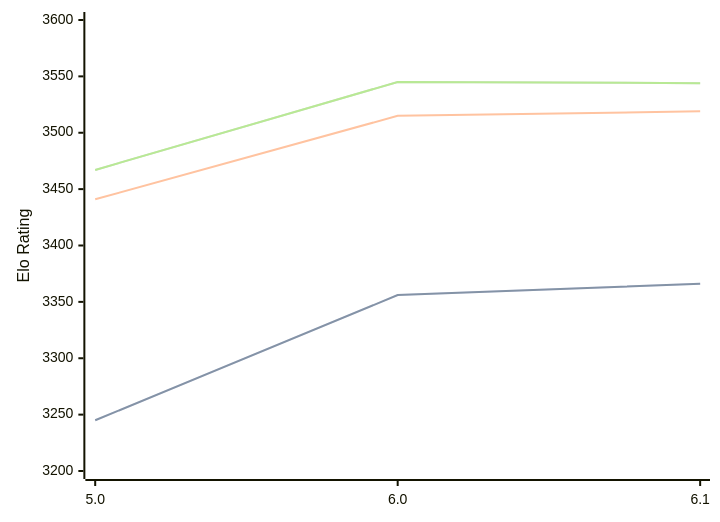
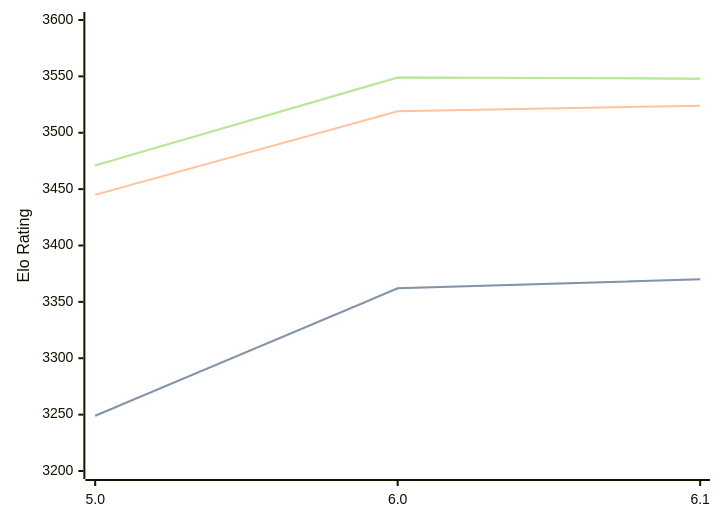
Before and after one commit to computer-chess-index/cci: the diagram in engines/Starzix.md, drawn with Mermaid. The commit also changed other lines of this file, not shown here.

Commit message:
Update CCI Ratings (ELO VLTC) - 2026-04-18

````diff
--- a/engines/Starzix.md
+++ b/engines/Starzix.md
@@ -37,11 +37,11 @@
 ```mermaid
 %%{init: {"theme":"base","themeVariables":{"seriesColors:['#a3a3a3','#222221','#faa371']}}}%%
 xychart-beta
   x-axis ["5.0", "6.0", "6.1"]
   y-axis "Elo Rating" 3200 --> 3600
-  line "STC (8.0+0.08s)" [3245, 3356, 3366]
-  line "STC (8.0+0.08s)" [3245, 3356, 3366]
-  line "LTC (60.0+0.60s)" [3441, 3515, 3519]
-  line "VLTC (2m24s+1.12s)" [3467, 3545, 3544]
-  line "VLTC (2m24s+1.12s)" [3467, 3545, 3544]
+  line "STC (8.0+0.08s)" [3249, 3362, 3370]
+  line "STC (8.0+0.08s)" [3249, 3362, 3370]
+  line "LTC (60.0+0.60s)" [3445, 3519, 3524]
+  line "VLTC (2m24s+1.12s)" [3471, 3549, 3548]
+  line "VLTC (2m24s+1.12s)" [3471, 3549, 3548]
 ```
````
